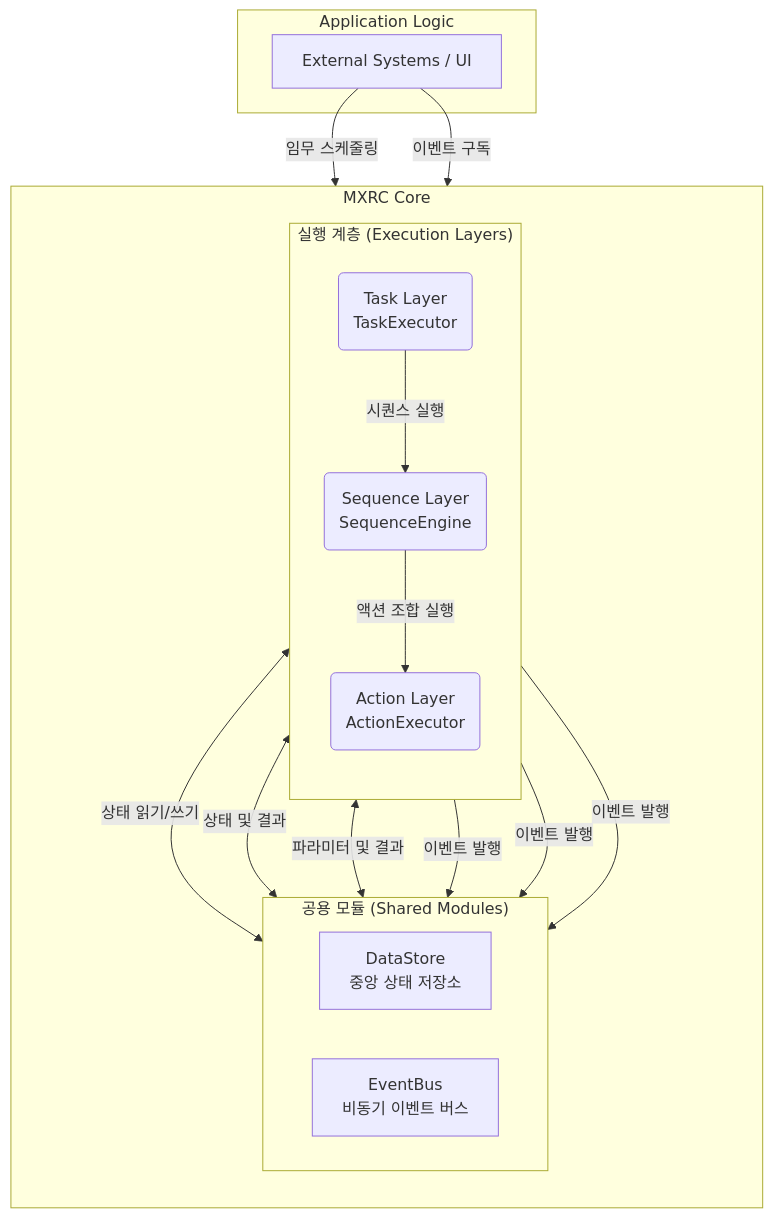
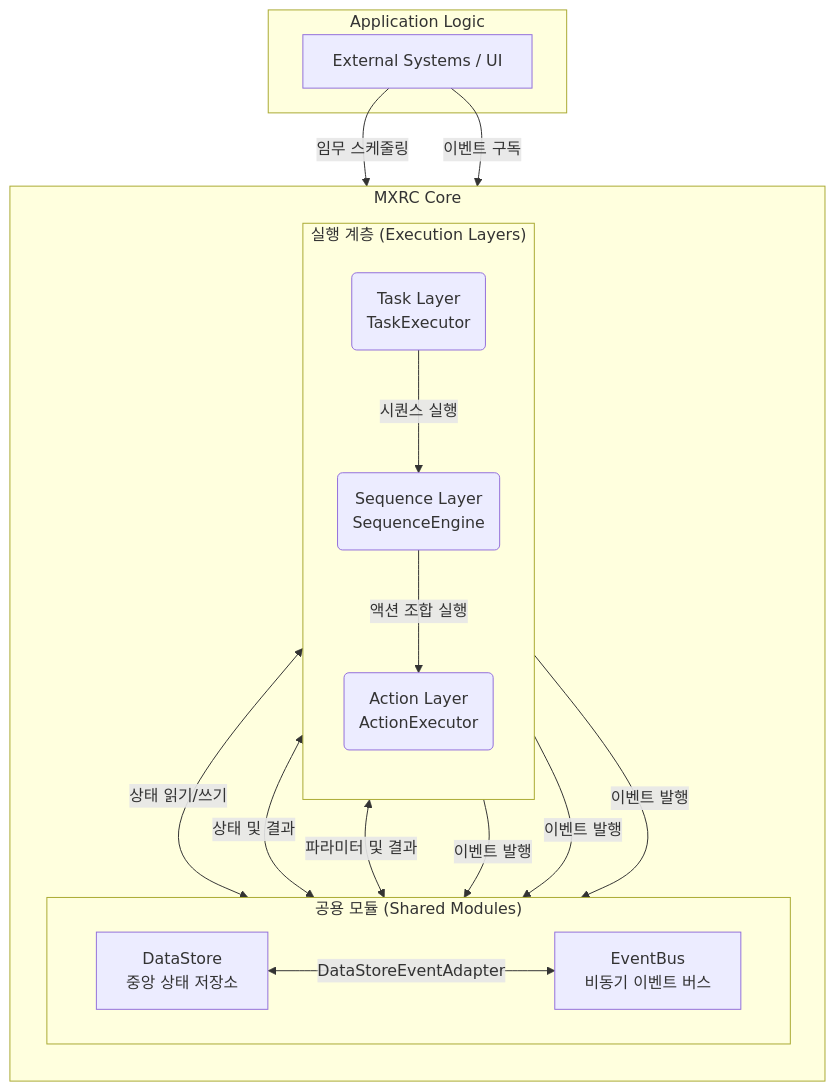
One commit to 5rbit/mxrc changed the first of 2 diagrams in architecture_new.md. Above: the diagram before and after it, drawn with Mermaid. The commit also changed other lines of this file and 5 other files, not shown here.

````diff
--- a/architecture_new.md
+++ b/architecture_new.md
@@ -19,36 +19,38 @@
 ```mermaid
 graph TD
     subgraph "Application Logic"
         A[External Systems / UI]
     end
 
     subgraph "MXRC Core"
         direction TB
         subgraph "실행 계층 (Execution Layers)"
             direction TB
             T(Task Layer<br>TaskExecutor)
             S(Sequence Layer<br>SequenceEngine)
             AC(Action Layer<br>ActionExecutor)
         end
 
         subgraph "공용 모듈 (Shared Modules)"
             direction LR
             D[DataStore<br>중앙 상태 저장소]
             E[EventBus<br>비동기 이벤트 버스]
         end
     end
 
     A -->|임무 스케줄링| T
     T -->|시퀀스 실행| S
     S -->|액션 조합 실행| AC
 
     T <-->|상태 읽기/쓰기| D
     S <-- 상태 및 결과 --> D
     AC <-- 파라미터 및 결과 --> D
 
     T -- 이벤트 발행 --> E
     S -- 이벤트 발행 --> E
     AC -- 이벤트 발행 --> E
 
+    D <-->|DataStoreEventAdapter| E
+
     A -- 이벤트 구독 --> E
 ```
````
